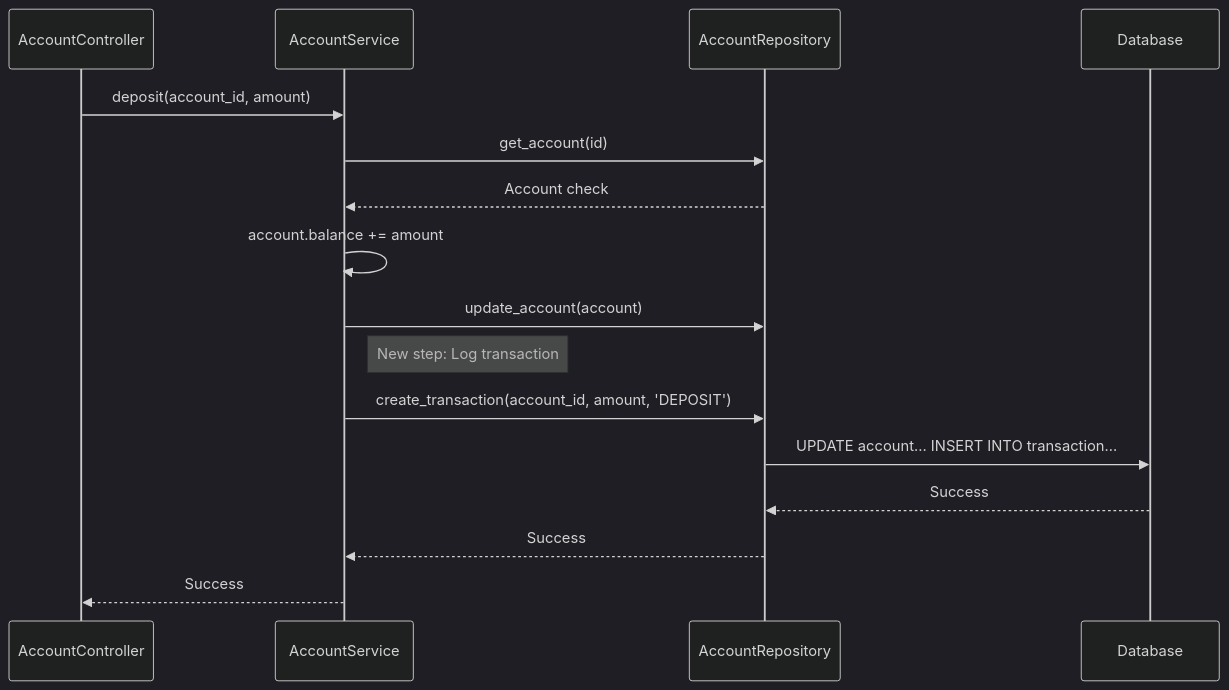
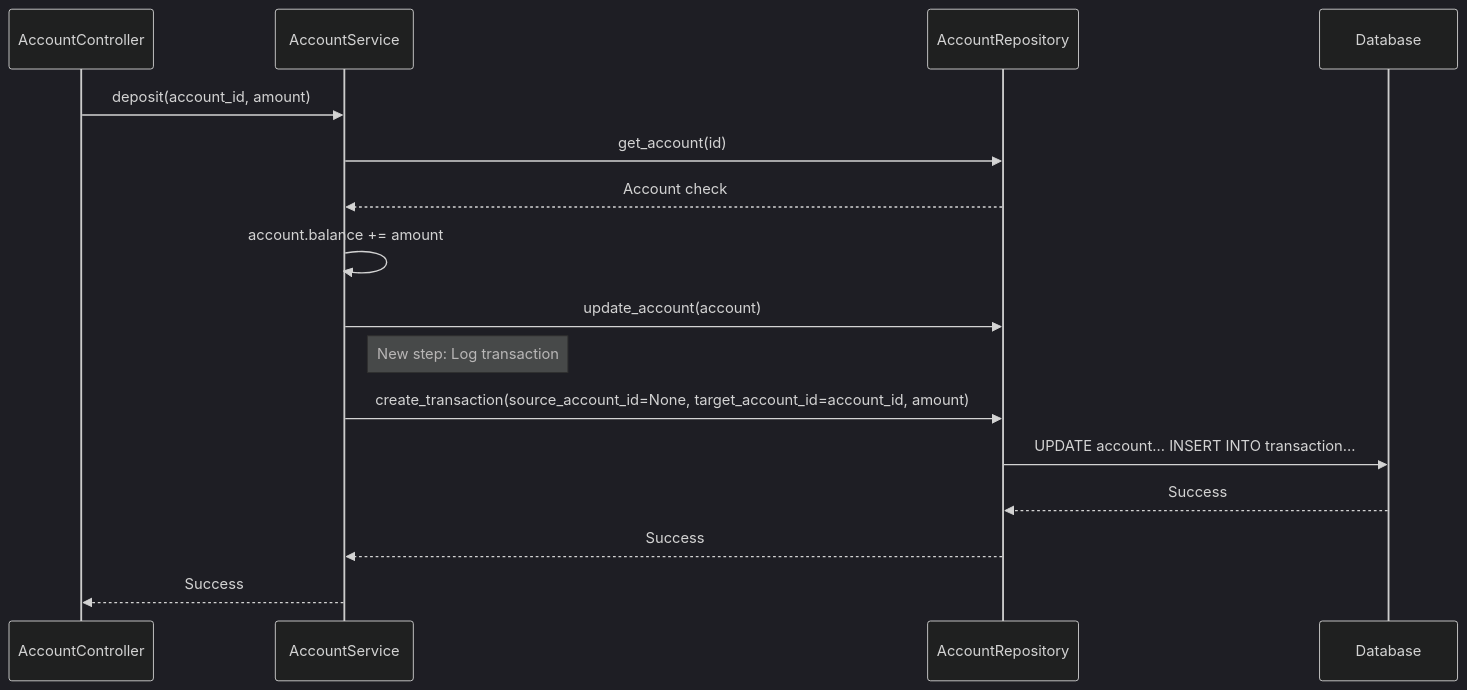
Before and after one commit to knowitcz/gen-ai-07-22: the third of 3 diagrams in docs/HB-12/analysis-developers.md, drawn with Mermaid (dark theme). The commit also changed other lines of this file, not shown here.

Commit message:
HB-12: Architectural review

````diff
--- a/docs/HB-12/analysis-developers.md
+++ b/docs/HB-12/analysis-developers.md
@@ -124,22 +142,22 @@
 ```mermaid
 sequenceDiagram
     participant API as AccountController
     participant S as AccountService
     participant R as AccountRepository
     participant DB as Database
 
     API->>S: deposit(account_id, amount)
     S->>R: get_account(id)
     R-->>S: Account check
 
     S->>S: account.balance += amount
     S->>R: update_account(account)
 
     Note right of S: New step: Log transaction
-    S->>R: create_transaction(account_id, amount, 'DEPOSIT')
+    S->>R: create_transaction(source_account_id=None, target_account_id=account_id, amount)
 
     R->>DB: UPDATE account... INSERT INTO transaction...
     DB-->>R: Success
     R-->>S: Success
     S-->>API: Success
 ```
````
